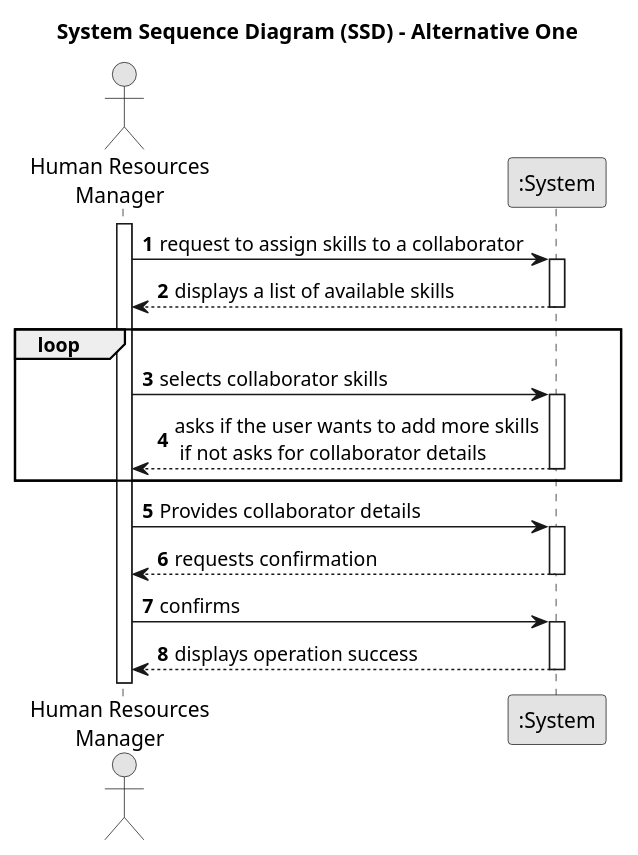
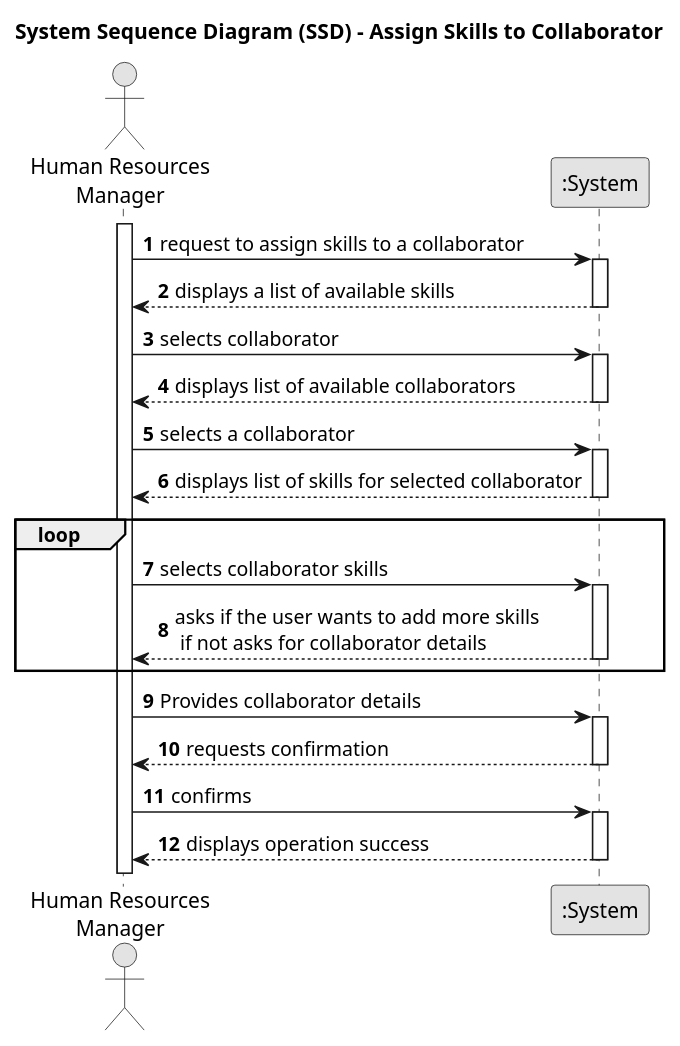
Before and after one commit to diogoveirospro/lei-24-s2-1dg-g072: the diagram in docs/sprintB/us004/01.requirements-engineering/puml/us004-system-sequence-diagram-alternative-one.puml, drawn with PlantUML. The commit also changed 1 other file, not shown here.

```diff
--- a/docs/sprintB/us004/01.requirements-engineering/puml/us004-system-sequence-diagram-alternative-one.puml
+++ b/docs/sprintB/us004/01.requirements-engineering/puml/us004-system-sequence-diagram-alternative-one.puml
@@ -1,39 +1,53 @@
 @startuml
 skinparam monochrome true
 skinparam packageStyle rectangle
 skinparam shadowing false
 
-title System Sequence Diagram (SSD) - Alternative One
+title System Sequence Diagram (SSD) - Assign Skills to Collaborator
 
 autonumber
 
 actor "Human Resources\nManager" as HRM
 participant ":System" as System
 
 activate HRM
 
     HRM -> System : request to assign skills to a collaborator
     activate System
 
         System --> HRM : displays a list of available skills
     deactivate System
+
+    HRM -> System : selects collaborator
+    activate System
+
+        System --> HRM: displays list of available collaborators
+    deactivate System
+
+    HRM -> System : selects a collaborator
+    activate System
+
+        System --> HRM: displays list of skills for selected collaborator
+    deactivate System
+
 loop
     HRM -> System : selects collaborator skills
     activate System
 
-            System --> HRM: asks if the user wants to add more skills\n if not asks for collaborator details
+        System --> HRM: asks if the user wants to add more skills\n if not asks for collaborator details
     deactivate System
 end
+
     HRM -> System : Provides collaborator details
     activate System
 
         System --> HRM : requests confirmation
     deactivate System
 
     HRM -> System : confirms
     activate System
 
         System --> HRM : displays operation success
     deactivate System
 
 @enduml
```
